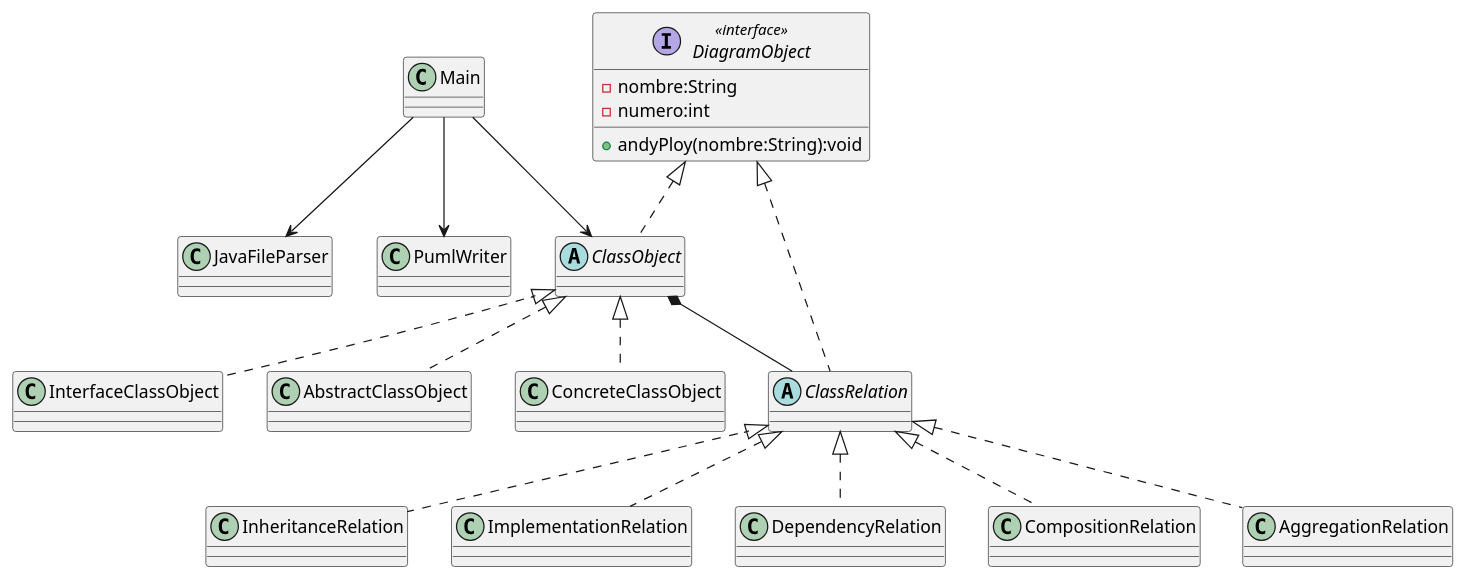
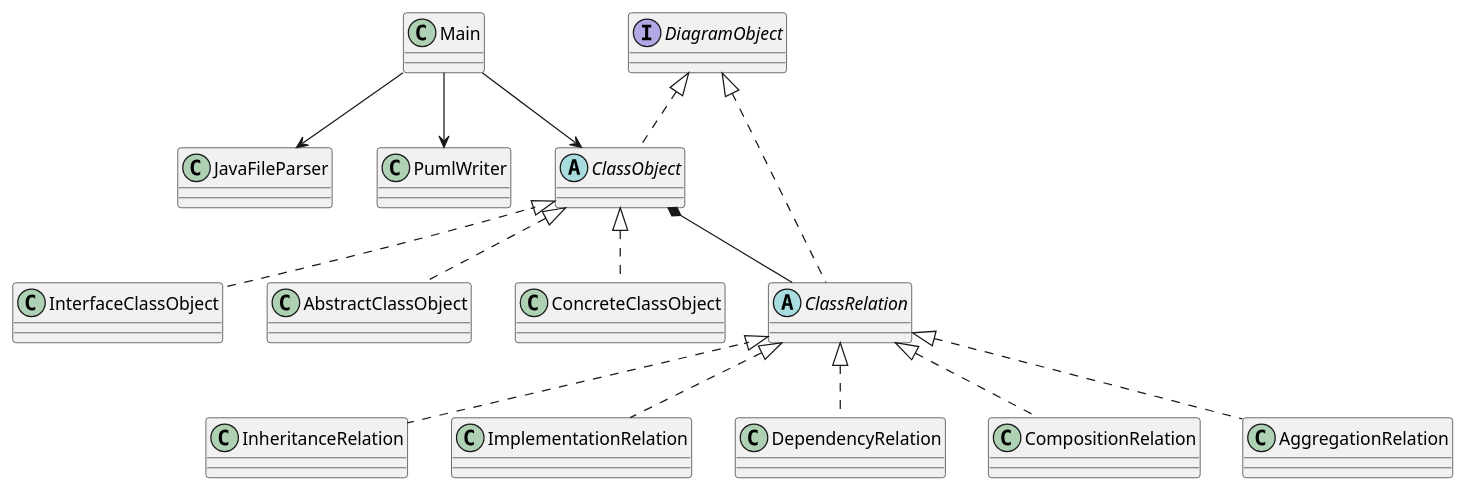
One commit to fvegat/JavaToPuml changed the diagram in resources/classDiagram.puml. Above: the diagram before and after it, drawn with PlantUML. The commit also changed 25 other files, not shown here.

```diff
--- a/resources/classDiagram.puml
+++ b/resources/classDiagram.puml
@@ -1,41 +1,36 @@
 @startuml
 class Main
-interface DiagramObject <<interface>>{
-    -nombre:String
-    -numero:int
-    
-    +andyPloy(nombre:String):void
-}
+interface DiagramObject
 abstract ClassObject
 abstract ClassRelation
 class JavaFileParser
 class PumlWriter
 class InheritanceRelation
 class ImplementationRelation
 class DependencyRelation
 class CompositionRelation
 class AggregationRelation
 class InterfaceClassObject
 class AbstractClassObject
 class ConcreteClassObject
 
 DiagramObject <|.. ClassObject
 DiagramObject <|.. ClassRelation
 
 ClassObject <|.. InterfaceClassObject
 ClassObject <|.. AbstractClassObject
 ClassObject <|.. ConcreteClassObject
 
 ClassRelation <|.. InheritanceRelation
 ClassRelation <|.. ImplementationRelation
 ClassRelation <|.. DependencyRelation
 ClassRelation <|.. CompositionRelation
 ClassRelation <|.. AggregationRelation
 
 Main --> ClassObject
 Main --> JavaFileParser
 Main --> PumlWriter
 
 ClassObject *-- ClassRelation
 
 @enduml
```
